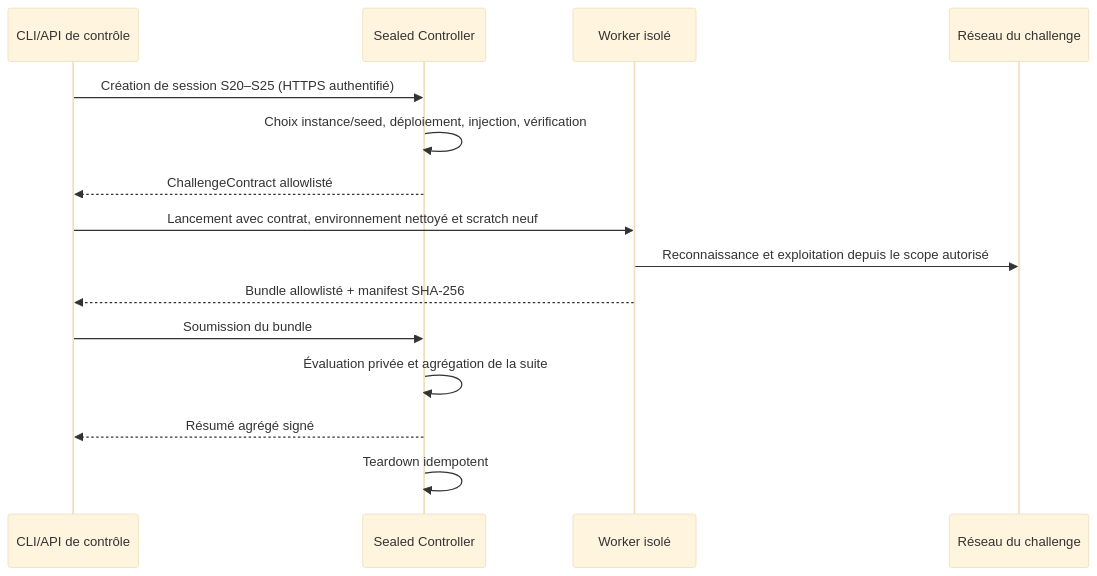
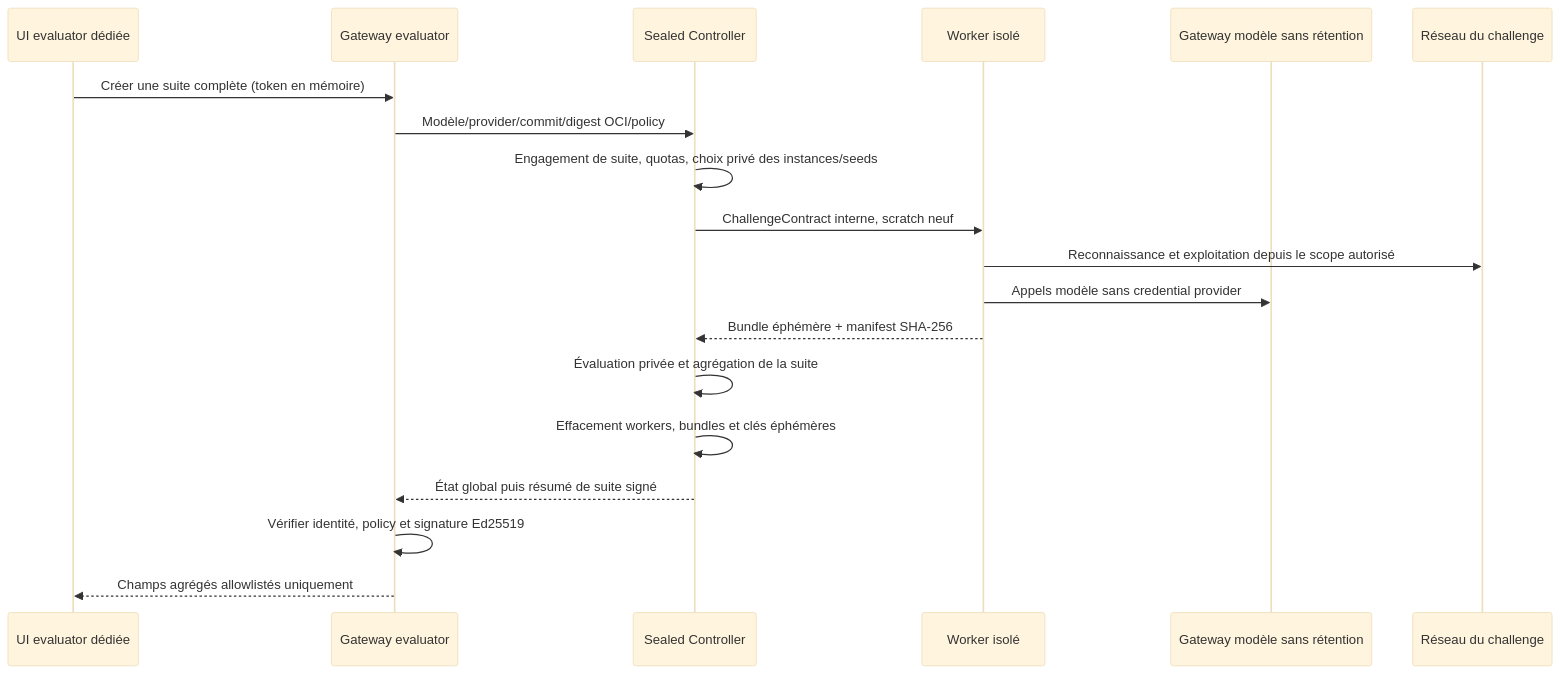
One commit to Tanguyvans/LANCE changed the diagram in benchmarks/docs/EVALUATION_PROTOCOL.md. Above: the diagram before and after it, drawn with Mermaid (base theme). The commit also changed other lines of this file and 65 other files, not shown here.

````diff
--- a/benchmarks/docs/EVALUATION_PROTOCOL.md
+++ b/benchmarks/docs/EVALUATION_PROTOCOL.md
@@ -31,18 +31,22 @@
 ```mermaid
 sequenceDiagram
-    participant C as CLI/API de contrôle
+    participant D as UI evaluator dédiée
+    participant P as Gateway evaluator
     participant S as Sealed Controller
     participant W as Worker isolé
+    participant G as Gateway modèle sans rétention
     participant T as Réseau du challenge
 
-    C->>S: Création de session S20–S25 (HTTPS authentifié)
-    S->>S: Choix instance/seed, déploiement, injection, vérification
-    S-->>C: ChallengeContract allowlisté
-    C->>W: Lancement avec contrat, environnement nettoyé et scratch neuf
+    D->>P: Créer une suite complète (token en mémoire)
+    P->>S: Modèle/provider/commit/digest OCI/policy
+    S->>S: Engagement de suite, quotas, choix privé des instances/seeds
+    S->>W: ChallengeContract interne, scratch neuf
     W->>T: Reconnaissance et exploitation depuis le scope autorisé
-    W-->>C: Bundle allowlisté + manifest SHA-256
-    C->>S: Soumission du bundle
+    W->>G: Appels modèle sans credential provider
+    W-->>S: Bundle éphémère + manifest SHA-256
     S->>S: Évaluation privée et agrégation de la suite
-    S-->>C: Résumé agrégé signé
-    S->>S: Teardown idempotent
+    S->>S: Effacement workers, bundles et clés éphémères
+    S-->>P: État global puis résumé de suite signé
+    P->>P: Vérifier identité, policy et signature Ed25519
+    P-->>D: Champs agrégés allowlistés uniquement
 ```
````
